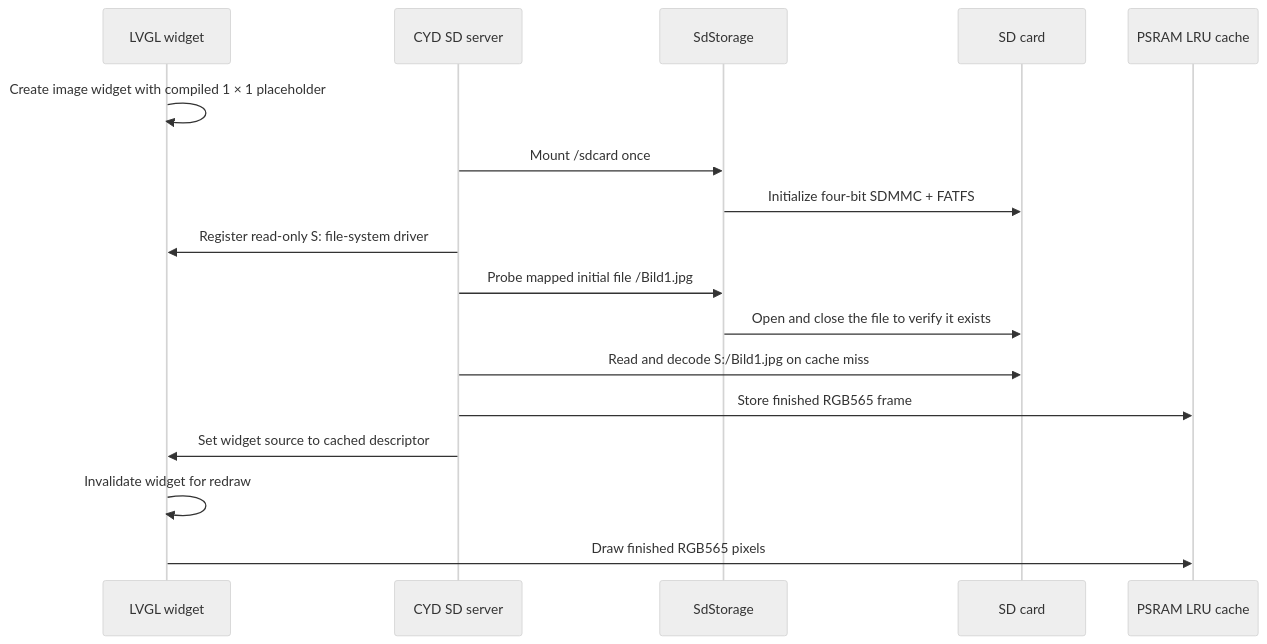
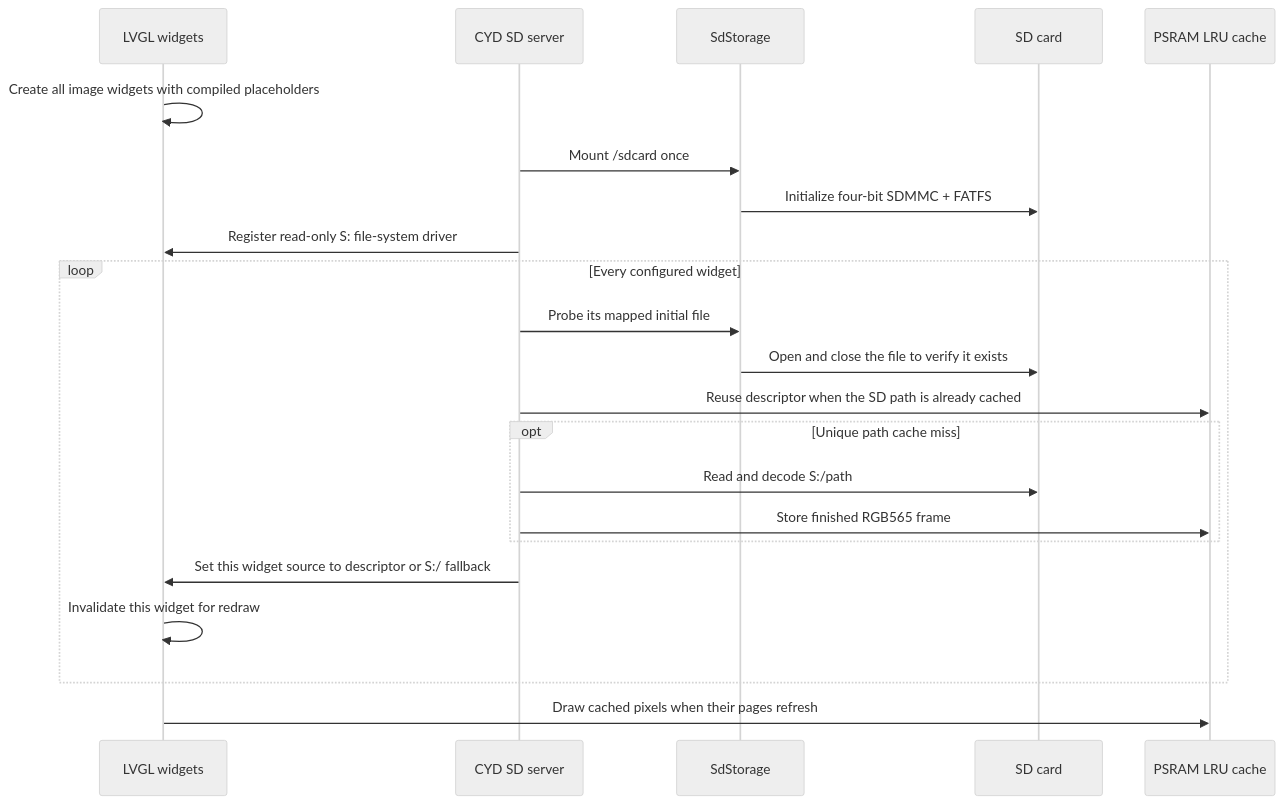
One commit to herrdivad/ESPHomeSDCardServer changed the third of 5 diagrams in docs/DIRECT_SD_IMAGE_WORKFLOW.md. Above: the diagram before and after it, drawn with Mermaid (neutral theme). The commit also changed other lines of this file and 8 other files, not shown here.

````diff
--- a/docs/DIRECT_SD_IMAGE_WORKFLOW.md
+++ b/docs/DIRECT_SD_IMAGE_WORKFLOW.md
@@ -133,20 +139,25 @@
 ```mermaid
 sequenceDiagram
-    participant LVGL as LVGL widget
+    participant LVGL as LVGL widgets
     participant Server as CYD SD server
     participant Store as SdStorage
     participant Card as SD card
     participant Cache as PSRAM LRU cache
 
-    LVGL->>LVGL: Create image widget with compiled 1 × 1 placeholder
+    LVGL->>LVGL: Create all image widgets with compiled placeholders
     Server->>Store: Mount /sdcard once
     Store->>Card: Initialize four-bit SDMMC + FATFS
     Server->>LVGL: Register read-only S: file-system driver
-    Server->>Store: Probe mapped initial file /Bild1.jpg
-    Store->>Card: Open and close the file to verify it exists
-    Server->>Card: Read and decode S:/Bild1.jpg on cache miss
-    Server->>Cache: Store finished RGB565 frame
-    Server->>LVGL: Set widget source to cached descriptor
-    LVGL->>LVGL: Invalidate widget for redraw
-    LVGL->>Cache: Draw finished RGB565 pixels
+    loop Every configured widget
+        Server->>Store: Probe its mapped initial file
+        Store->>Card: Open and close the file to verify it exists
+        Server->>Cache: Reuse descriptor when the SD path is already cached
+        opt Unique path cache miss
+            Server->>Card: Read and decode S:/path
+            Server->>Cache: Store finished RGB565 frame
+        end
+        Server->>LVGL: Set this widget source to descriptor or S:/ fallback
+        LVGL->>LVGL: Invalidate this widget for redraw
+    end
+    LVGL->>Cache: Draw cached pixels when their pages refresh
 ```
````
